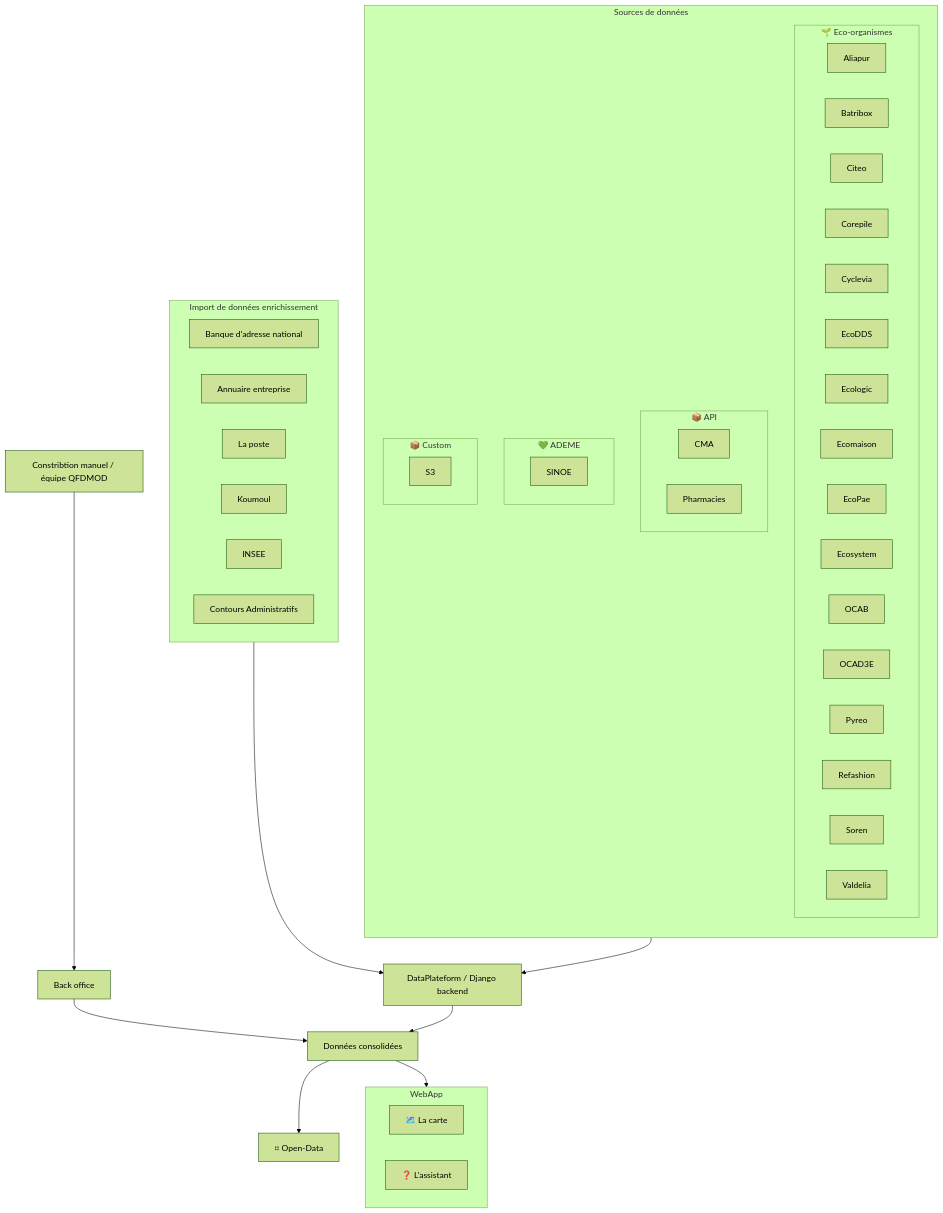
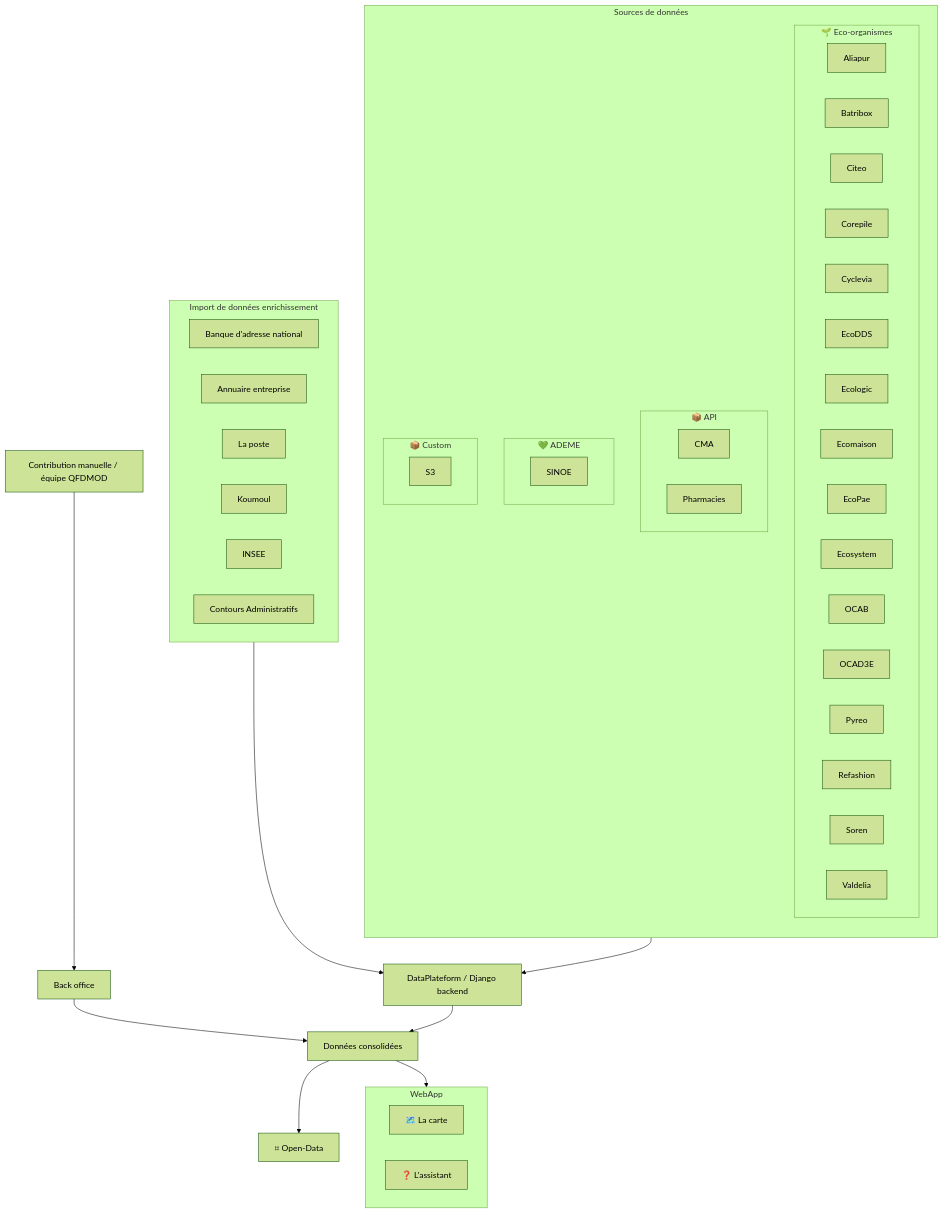
One commit to incubateur-ademe/quefairedemesobjets changed the first of 2 diagrams in docs/reference/security/application.md. Above: the diagram before and after it, drawn with Mermaid (forest theme). The commit also changed other lines of this file, not shown here.

````diff
--- a/docs/reference/security/application.md
+++ b/docs/reference/security/application.md
@@ -5,65 +9,65 @@
 ```mermaid
 flowchart
     direction RL
     subgraph source["Sources de données"]
         direction TB
         subgraph eco-organisme["🌱 Eco-organismes"]
             direction LR
             aliapur["Aliapur"]
             batribox["Batribox"]
             citeo["Citeo"]
             corepile["Corepile"]
             cyclevia["Cyclevia"]
             ecodds["EcoDDS"]
             ecologic["Ecologic"]
             ecomaison["Ecomaison"]
             ecopae["EcoPae"]
             ecosystem["Ecosystem"]
             ocab["OCAB"]
             ocad3e["OCAD3E"]
             pyreo["Pyreo"]
             refashion["Refashion"]
             soren["Soren"]
             valdelia["Valdelia"]
         end
         subgraph api["📦 API"]
             direction RL
             cma["CMA"]
             pharmacies["Pharmacies"]
         end
         subgraph ademe["💚 ADEME"]
             direction LR
             sinoe["SINOE"]
         end
         subgraph autre["📦 Custom"]
             direction LR
             s3["S3"]
         end
     end
     subgraph webapp["WebApp"]
         direction LR
         lacarte["🗺️ La carte"]
         assistant["❓ L'assistant"]
     end
     subgraph externe["Import de données enrichissement"]
         direction LR
         ban["Banque d'adresse national"]
         ae["Annuaire entreprise"]
         laposte["La poste"]
         koumoul["Koumoul"]
         insee["INSEE"]
         contours["Contours Administratifs"]
     end
     dataplateform["DataPlateform / Django backend"]
-    contrib["Constribtion manuel / équipe QFDMOD"]
+    contrib["Contribution manuelle / équipe QFDMOD"]
     backoffice["Back office"]
     data["Données consolidées"]
     opendata["⌗ Open-Data"]
     externe --> dataplateform
     contrib --> backoffice
     backoffice --> data
     dataplateform --> data
     source --> dataplateform
     data --> webapp
     data --> opendata
 ```
````
